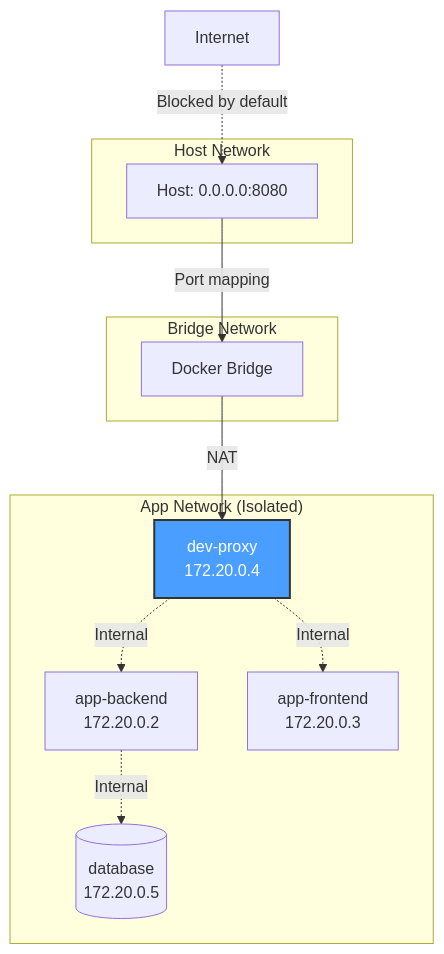
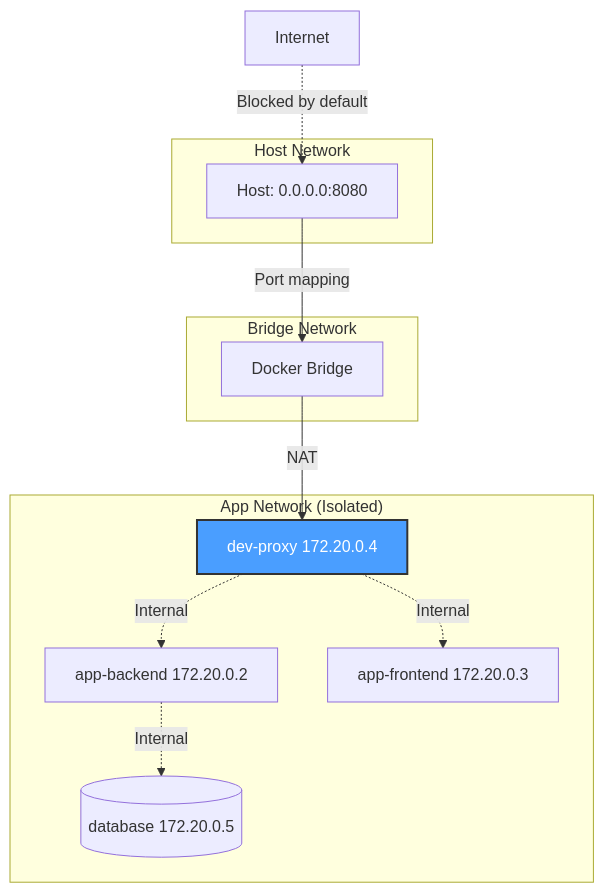
One commit to softwarewrighter/dev-proxy changed the eighth of 17 diagrams in wiki/Security.md. Above: the diagram before and after it, drawn with Mermaid. The commit also changed other lines of this file and 6 other files, not shown here.

First line of the commit message:
Fix wiki Mermaid diagrams: remove <br/> tags

````diff
--- a/wiki/Security.md
+++ b/wiki/Security.md
@@ -256,28 +256,28 @@
 ```mermaid
 graph TB
     subgraph "Host Network"
         Host[Host: 0.0.0.0:8080]
     end
 
     subgraph "Bridge Network"
         Docker[Docker Bridge]
     end
 
     subgraph "App Network (Isolated)"
-        Proxy[dev-proxy<br/>172.20.0.4]
-        Backend[app-backend<br/>172.20.0.2]
-        Frontend[app-frontend<br/>172.20.0.3]
-        DB[(database<br/>172.20.0.5)]
+        Proxy[dev-proxy 172.20.0.4]
+        Backend[app-backend 172.20.0.2]
+        Frontend[app-frontend 172.20.0.3]
+        DB[(database 172.20.0.5)]
     end
 
     Host -->|Port mapping| Docker
     Docker -->|NAT| Proxy
 
     Proxy -.->|Internal| Backend
     Proxy -.->|Internal| Frontend
     Backend -.->|Internal| DB
 
     Internet[Internet] -.->|Blocked by default| Host
 
     style Proxy fill:#4a9eff,stroke:#333,stroke-width:2px,color:#fff
 ```
````
